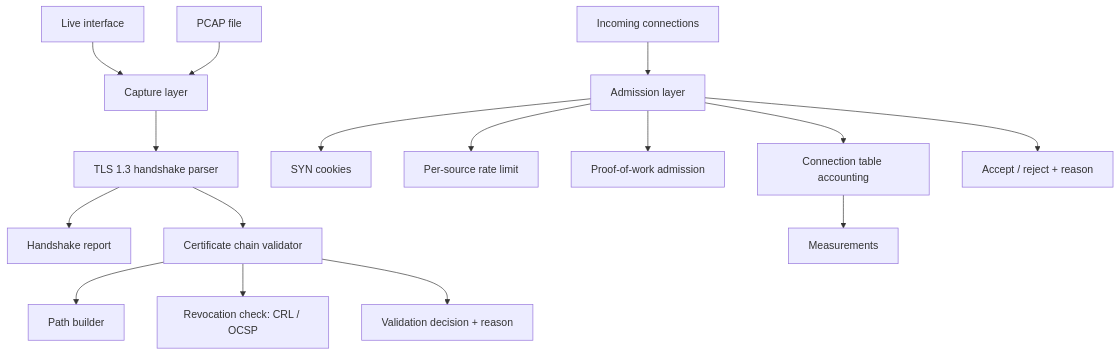
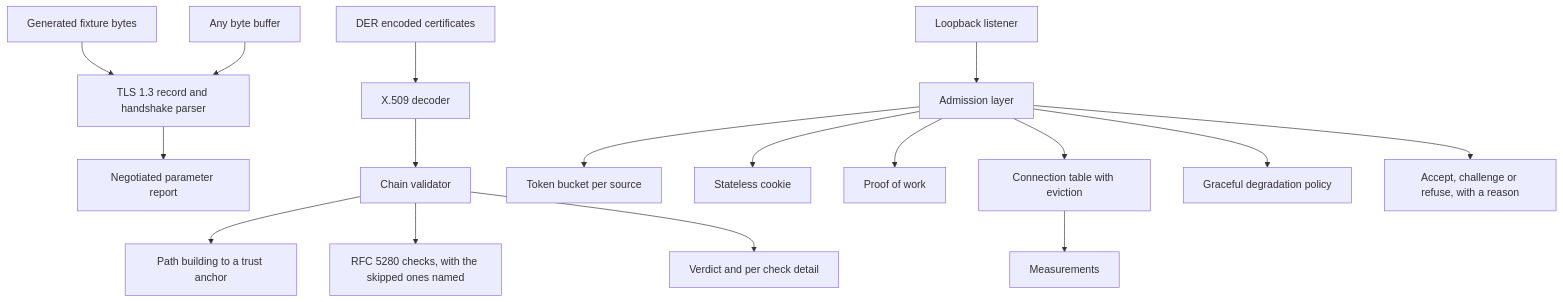
The diagram in README.md (Alex-Tsvetanov/sentinel), drawn with Mermaid before and after one commit. The commit also changed other lines of this file and 3 other files, not shown here.

````diff
--- a/README.md
+++ b/README.md
@@ -54,18 +113,19 @@
 ```mermaid
 flowchart TD
-    L[Live interface] --> C[Capture layer]
-    P[PCAP file] --> C
-    C --> H[TLS 1.3 handshake parser]
-    H --> R[Handshake report]
-    H --> V[Certificate chain validator]
-    V --> PB[Path builder]
-    V --> RV[Revocation check: CRL / OCSP]
-    V --> D[Validation decision + reason]
-    S[Incoming connections] --> A[Admission layer]
-    A --> A1[SYN cookies]
-    A --> A2[Per-source rate limit]
-    A --> A3[Proof-of-work admission]
-    A --> T[Connection table accounting]
+    F[Generated fixture bytes] --> H[TLS 1.3 record and handshake parser]
+    B[Any byte buffer] --> H
+    H --> R[Negotiated parameter report]
+    D[DER encoded certificates] --> X[X.509 decoder]
+    X --> V[Chain validator]
+    V --> PB[Path building to a trust anchor]
+    V --> CH[RFC 5280 checks, with the skipped ones named]
+    V --> VD[Verdict and per check detail]
+    S[Loopback listener] --> A[Admission layer]
+    A --> A1[Token bucket per source]
+    A --> A2[Stateless cookie]
+    A --> A3[Proof of work]
+    A --> T[Connection table with eviction]
+    A --> G[Graceful degradation policy]
     T --> M[Measurements]
-    A --> AD[Accept / reject + reason]
+    A --> AD[Accept, challenge or refuse, with a reason]
 ```
````
